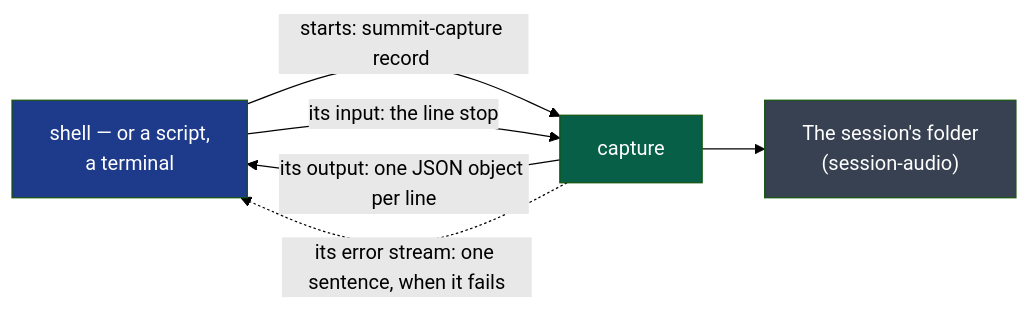
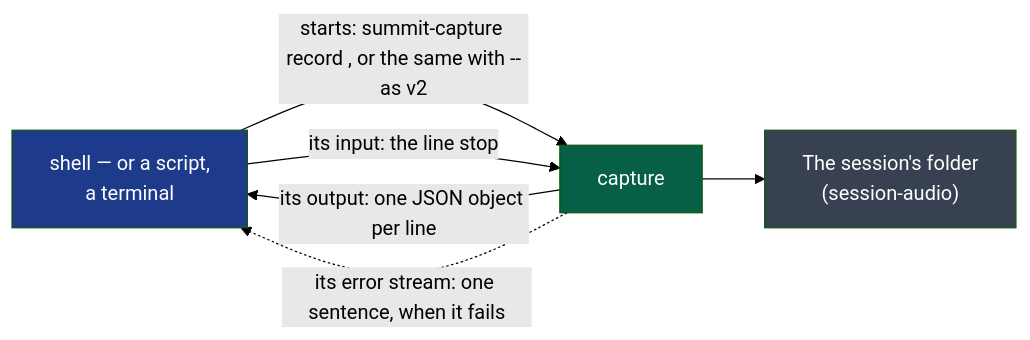
The diagram in contracts/recording/v1/README.md (NapkinStack/wholeheard), drawn with Mermaid (forest theme) before and after one commit. The commit also changed other lines of this file and 4 other files, not shown here.

````diff
--- a/contracts/recording/v1/README.md
+++ b/contracts/recording/v1/README.md
@@ -6,12 +6,12 @@
 ```mermaid
 flowchart LR
-    S["shell — or a script,<br/>a terminal"]:::consumer -->|"starts: summit-capture record <sessions-folder>"| C["capture"]:::producer
+    S["shell — or a script,<br/>a terminal"]:::consumer -->|"starts: summit-capture record <sessions-folder>, or the same with --as v2"| C["capture"]:::producer
     C -->|"its output: one JSON object per line"| S
     S -->|"its input: the line stop"| C
     C -.->|"its error stream: one sentence, when it fails"| S
     C --> F["The session's folder<br/>(session-audio)"]:::file
 
     classDef producer fill:#065f46,color:#fff
     classDef consumer fill:#1e3a8a,color:#fff
     classDef file fill:#374151,color:#fff
 ```
````
